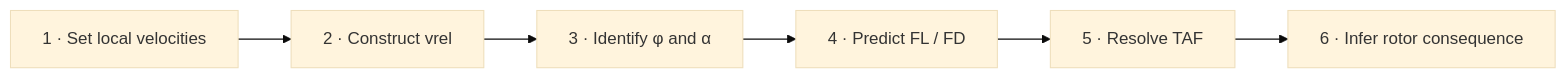
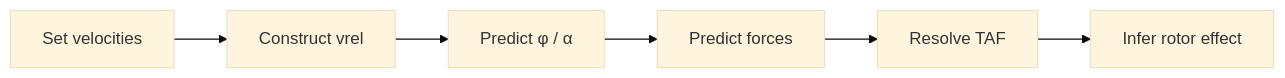
Before and after one commit to ZanneRay/ATPL-H-Learning-Ecosystem: the third of 6 diagrams in docs/curriculum/MODULE-1-BLUEPRINT.md, drawn with Mermaid (base theme). The commit also changed other lines of this file, not shown here.

````diff
--- a/docs/curriculum/MODULE-1-BLUEPRINT.md
+++ b/docs/curriculum/MODULE-1-BLUEPRINT.md
@@ -142,8 +110,8 @@
 ```mermaid
 flowchart LR
-    S1["1 · Set local velocities"] --> S2["2 · Construct vrel"]
-    S2 --> S3["3 · Identify φ and α"]
-    S3 --> S4["4 · Predict FL / FD"]
-    S4 --> S5["5 · Resolve TAF"]
-    S5 --> S6["6 · Infer rotor consequence"]
+    S1["Set velocities"] --> S2["Construct vrel"]
+    S2 --> S3["Predict φ / α"]
+    S3 --> S4["Predict forces"]
+    S4 --> S5["Resolve TAF"]
+    S5 --> S6["Infer rotor effect"]
 ```
````
